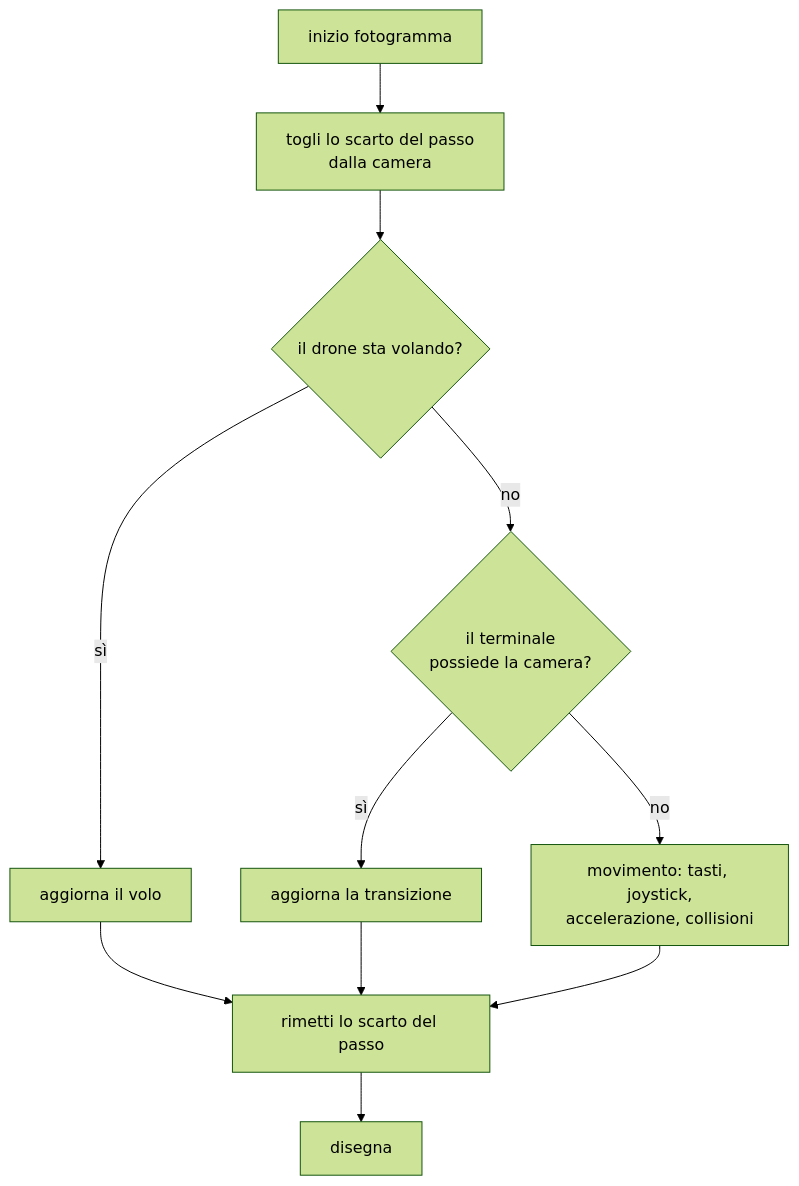
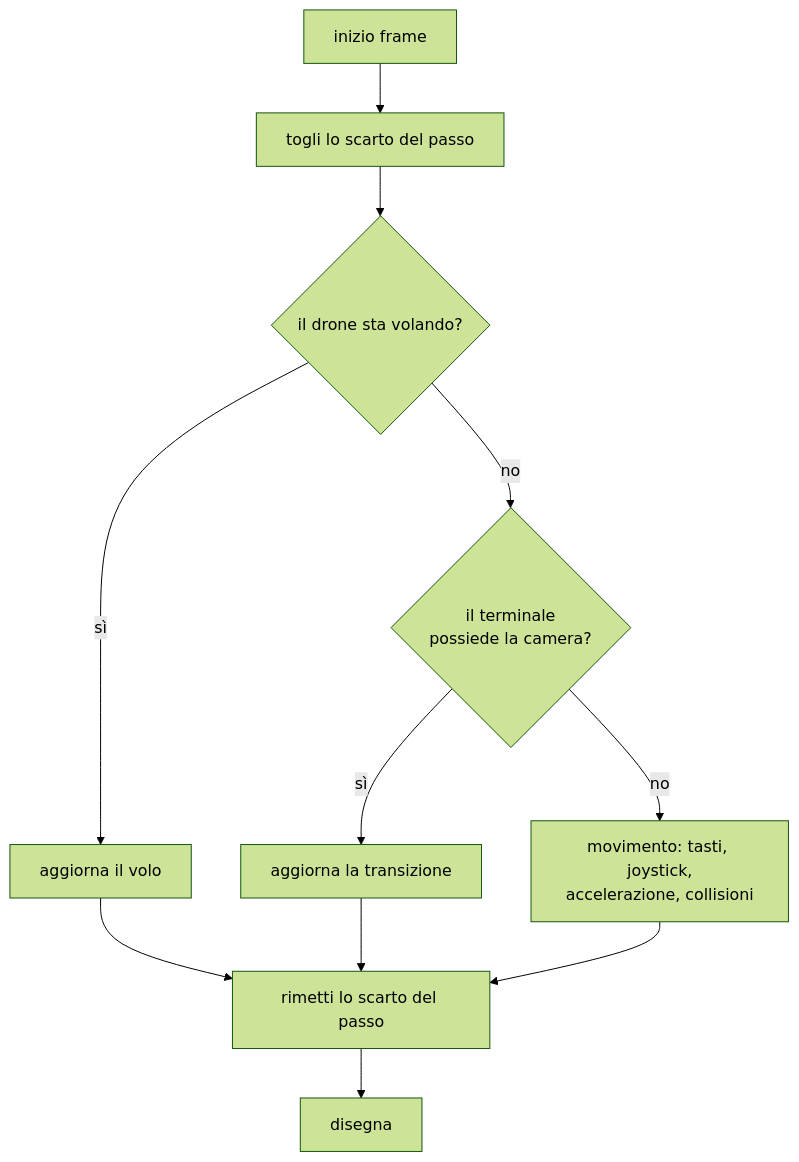
One commit to ale-ehp/retro-future changed the diagram in doc/docs/come-funziona/camera-e-movimento.mdx. Above: the diagram before and after it, drawn with Mermaid (forest theme). The commit also changed other lines of this file and 22 other files, not shown here.

````diff
--- a/doc/docs/come-funziona/camera-e-movimento.mdx
+++ b/doc/docs/come-funziona/camera-e-movimento.mdx
@@ -66,13 +66,13 @@
 ```mermaid
 flowchart TB
-  A[inizio fotogramma] --> B[togli lo scarto del passo<br/>dalla camera]
+  A[inizio frame] --> B[togli lo scarto del passo]
   B --> C{il drone sta volando?}
   C -->|sì| D[aggiorna il volo]
   C -->|no| E{il terminale<br/>possiede la camera?}
   E -->|sì| F[aggiorna la transizione]
   E -->|no| G[movimento: tasti, joystick,<br/>accelerazione, collisioni]
   D --> H[rimetti lo scarto del passo]
   F --> H
   G --> H
   H --> I[disegna]
 ```
````
